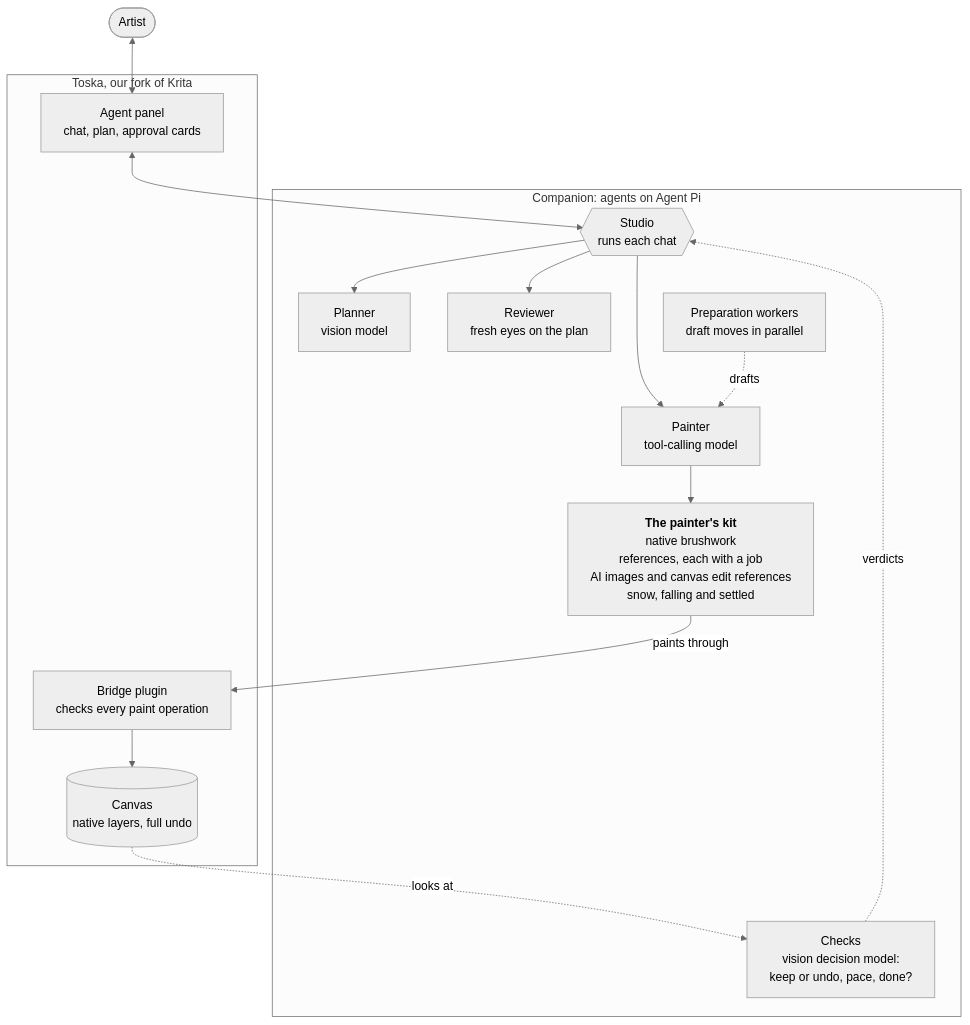
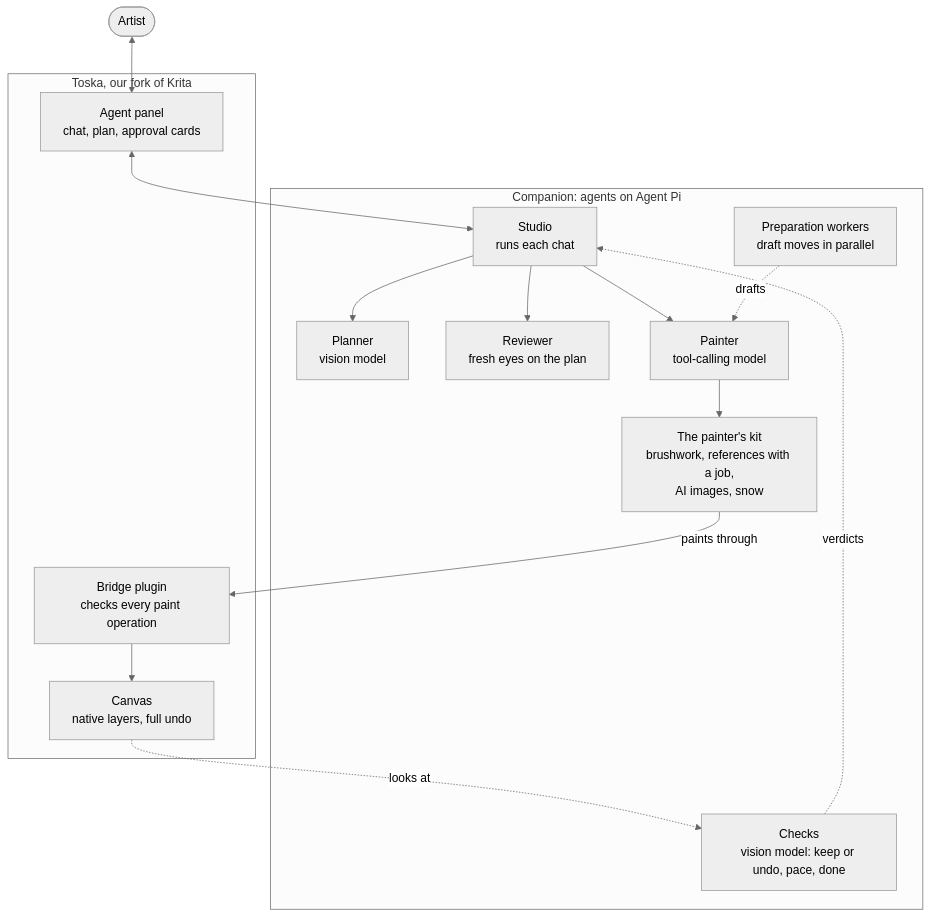
One commit to yak1234/krita-creative-agent changed the diagram in README.md. Above: the diagram before and after it, drawn with Mermaid (neutral theme). The commit also changed other lines of this file, not shown here.

Commit message:
README: plain mermaid that GitHub renders (no init line, bold tags or invisible links) and prose rewritten to read naturally; vale-ai-tells reports nothing

````diff
--- a/README.md
+++ b/README.md
@@ -35,34 +35,32 @@
 ```mermaid
-%%{init: {"flowchart": {"wrappingWidth": 320}}}%%
 flowchart TD
-  artist(["Artist"])
+    artist(["Artist"])
 
-  subgraph toska["Toska, our fork of Krita"]
-    panel["Agent panel<br/>chat, plan, approval cards"]
-    bridge["Bridge plugin<br/>checks every paint operation"]
-    canvas[("Canvas<br/>native layers, full undo")]
-  end
+    subgraph toska["Toska, our fork of Krita"]
+        panel["Agent panel<br/>chat, plan, approval cards"]
+        bridge["Bridge plugin<br/>checks every paint operation"]
+        canvas["Canvas<br/>native layers, full undo"]
+    end
 
-  subgraph pi["Companion: agents on Agent Pi"]
-    studio{{"Studio<br/>runs each chat"}}
-    planner["Planner<br/>vision model"]
-    painter["Painter<br/>tool-calling model"]
-    reviewer["Reviewer<br/>fresh eyes on the plan"]
-    prep["Preparation workers<br/>draft moves in parallel"]
-    kit["<b>The painter's kit</b><br/>native brushwork<br/>references, each with a job<br/>AI images and canvas edit references<br/>snow, falling and settled"]
-    checks["Checks<br/>vision decision model:<br/>keep or undo, pace, done?"]
-  end
+    subgraph companion["Companion: agents on Agent Pi"]
+        studio["Studio<br/>runs each chat"]
+        planner["Planner<br/>vision model"]
+        reviewer["Reviewer<br/>fresh eyes on the plan"]
+        painter["Painter<br/>tool-calling model"]
+        prep["Preparation workers<br/>draft moves in parallel"]
+        kit["The painter's kit<br/>brushwork, references with a job,<br/>AI images, snow"]
+        checks["Checks<br/>vision model: keep or undo, pace, done"]
+    end
 
-  artist <--> panel
-  panel <--> studio
-  studio --> planner
-  studio --> painter
-  studio --> reviewer
-  painter --> kit
-  studio ~~~ prep
-  prep -. drafts .-> painter
-  kit -- "paints through" --> bridge
-  bridge --> canvas
-  canvas -. "looks at" .-> checks
-  checks -. verdicts .-> studio
+    artist <--> panel
+    panel <--> studio
+    studio --> planner
+    studio --> reviewer
+    studio --> painter
+    prep -.->|drafts| painter
+    painter --> kit
+    kit -->|paints through| bridge
+    bridge --> canvas
+    canvas -.->|looks at| checks
+    checks -.->|verdicts| studio
 ```
````
